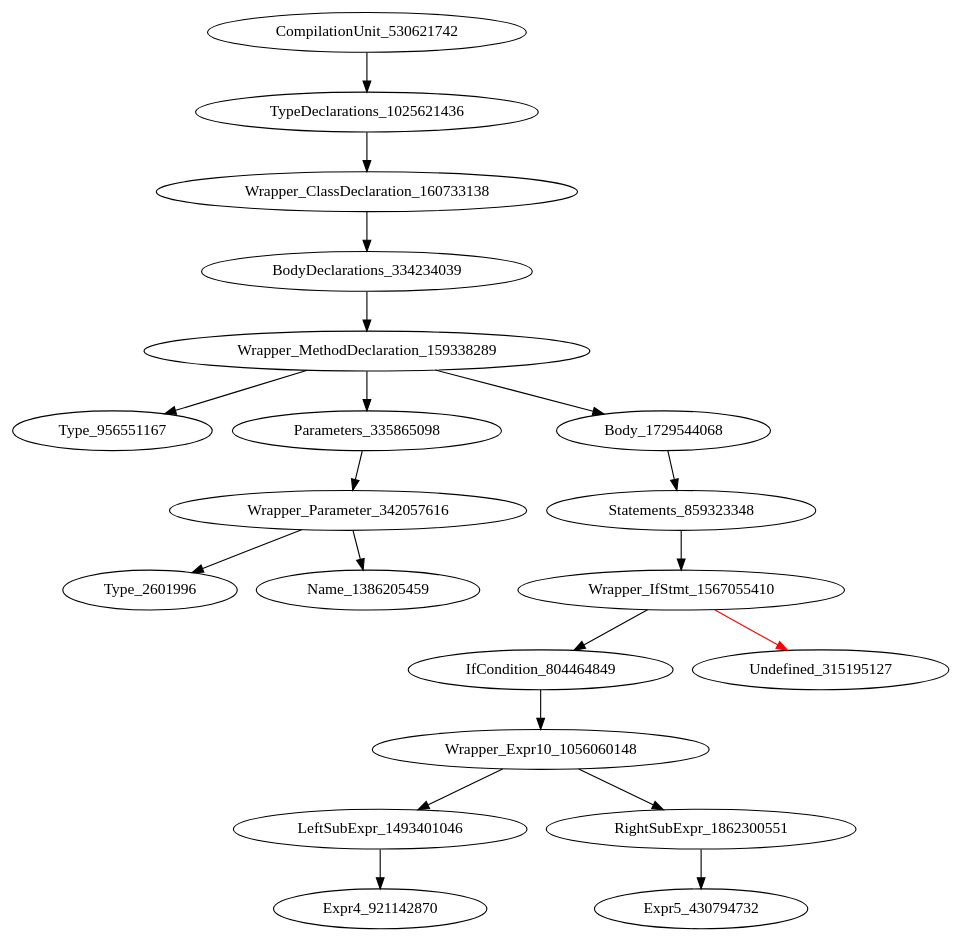
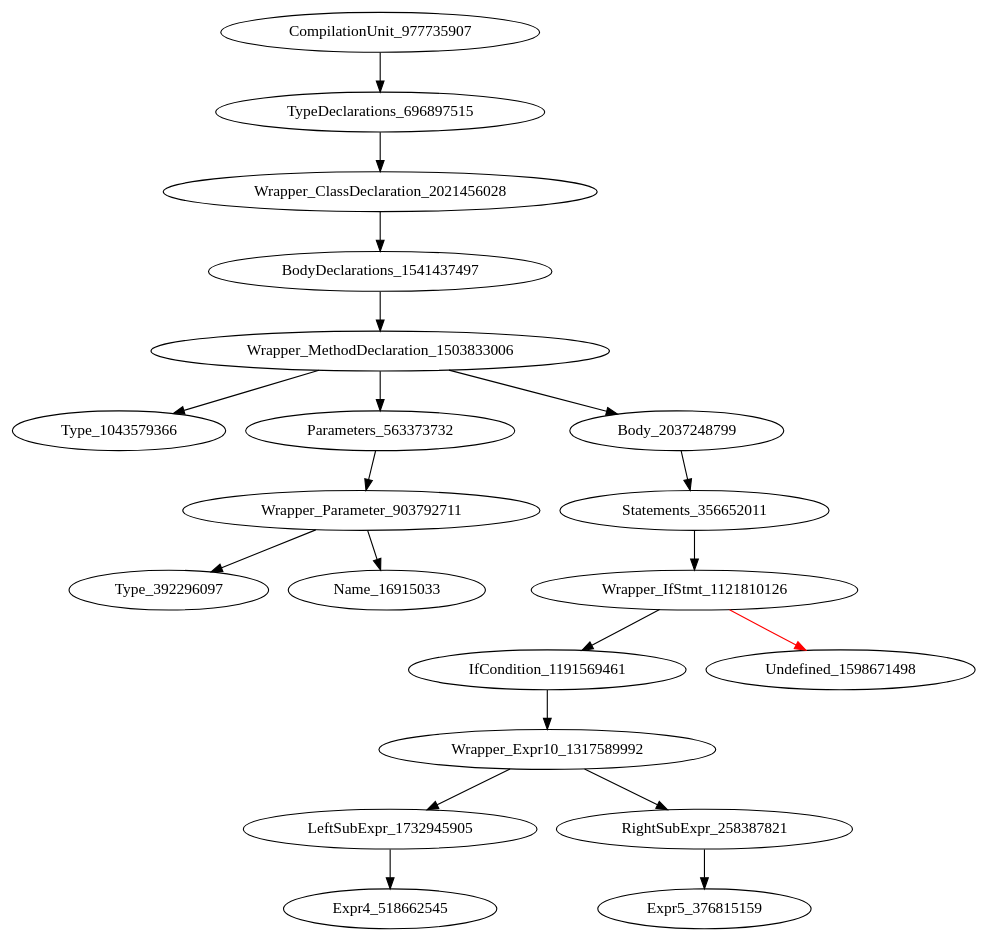
The diagram in holeAST.dot (icse2023material/VoiceJava), drawn with Graphviz before and after one commit. The commit also changed 32 other files, not shown here.

```diff
--- a/holeAST.dot
+++ b/holeAST.dot
@@ -1,21 +1,21 @@
 digraph {
-CompilationUnit_530621742 -> TypeDeclarations_1025621436
-TypeDeclarations_1025621436 -> Wrapper_ClassDeclaration_160733138
-Wrapper_ClassDeclaration_160733138 -> BodyDeclarations_334234039
-BodyDeclarations_334234039 -> Wrapper_MethodDeclaration_159338289
-Wrapper_MethodDeclaration_159338289 -> Type_956551167
-Wrapper_MethodDeclaration_159338289 -> Parameters_335865098
-Wrapper_MethodDeclaration_159338289 -> Body_1729544068
-Parameters_335865098 -> Wrapper_Parameter_342057616
-Body_1729544068 -> Statements_859323348
-Wrapper_Parameter_342057616 -> Type_2601996
-Wrapper_Parameter_342057616 -> Name_1386205459
-Statements_859323348 -> Wrapper_IfStmt_1567055410
-Wrapper_IfStmt_1567055410 -> IfCondition_804464849
-Wrapper_IfStmt_1567055410 -> Undefined_315195127 [color = red] 
-IfCondition_804464849 -> Wrapper_Expr10_1056060148
-Wrapper_Expr10_1056060148 -> LeftSubExpr_1493401046
-Wrapper_Expr10_1056060148 -> RightSubExpr_1862300551
-LeftSubExpr_1493401046 -> Expr4_921142870
-RightSubExpr_1862300551 -> Expr5_430794732
+CompilationUnit_977735907 -> TypeDeclarations_696897515
+TypeDeclarations_696897515 -> Wrapper_ClassDeclaration_2021456028
+Wrapper_ClassDeclaration_2021456028 -> BodyDeclarations_1541437497
+BodyDeclarations_1541437497 -> Wrapper_MethodDeclaration_1503833006
+Wrapper_MethodDeclaration_1503833006 -> Type_1043579366
+Wrapper_MethodDeclaration_1503833006 -> Parameters_563373732
+Wrapper_MethodDeclaration_1503833006 -> Body_2037248799
+Parameters_563373732 -> Wrapper_Parameter_903792711
+Body_2037248799 -> Statements_356652011
+Wrapper_Parameter_903792711 -> Type_392296097
+Wrapper_Parameter_903792711 -> Name_16915033
+Statements_356652011 -> Wrapper_IfStmt_1121810126
+Wrapper_IfStmt_1121810126 -> IfCondition_1191569461
+Wrapper_IfStmt_1121810126 -> Undefined_1598671498 [color = red] 
+IfCondition_1191569461 -> Wrapper_Expr10_1317589992
+Wrapper_Expr10_1317589992 -> LeftSubExpr_1732945905
+Wrapper_Expr10_1317589992 -> RightSubExpr_258387821
+LeftSubExpr_1732945905 -> Expr4_518662545
+RightSubExpr_258387821 -> Expr5_376815159
 }
```
